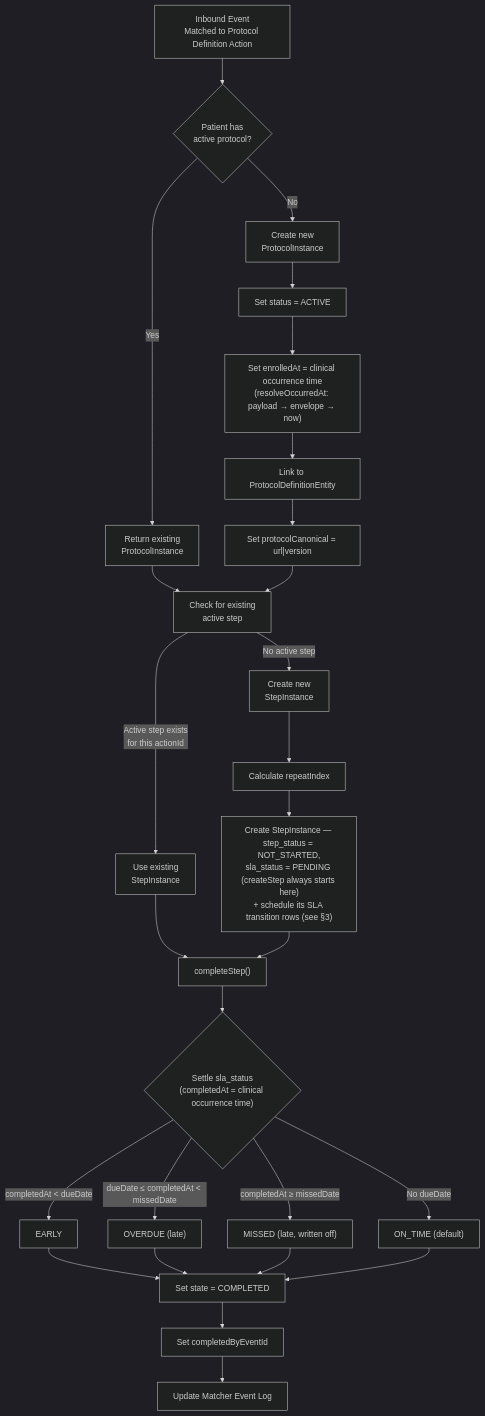
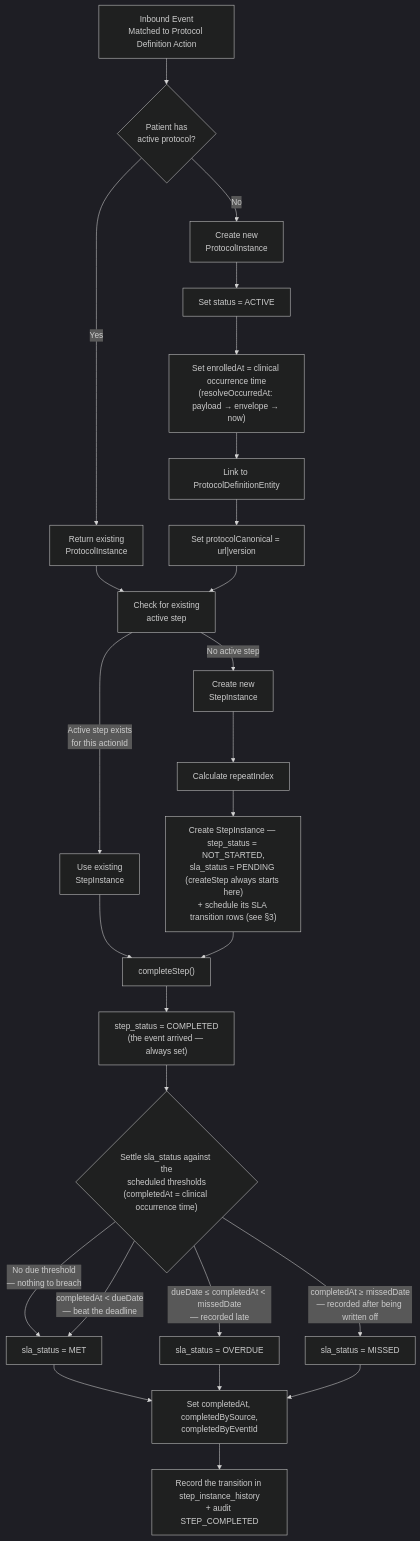
Before and after one commit to Jayaprakash8887/cce-matcher-service: the fourth of 11 diagrams in docs/flow-diagrams.md, drawn with Mermaid (dark theme). The commit also changed other lines of this file and 4 other files, not shown here.

````diff
--- a/docs/flow-diagrams.md
+++ b/docs/flow-diagrams.md
@@ -233,38 +233,37 @@
 ```mermaid
 flowchart TD
     A["Inbound Event<br/>Matched to Protocol Definition Action"] --> B{"Patient has<br/>active protocol?"}
 
     B -->|"Yes"| C["Return existing<br/>ProtocolInstance"]
     B -->|"No"| D["Create new<br/>ProtocolInstance"]
 
     D --> E["Set status = ACTIVE"]
     E --> F["Set enrolledAt = clinical occurrence time<br/>(resolveOccurredAt: payload → envelope → now)"]
     F --> G["Link to ProtocolDefinitionEntity"]
     G --> H["Set protocolCanonical = url|version"]
 
     C --> I["Check for existing<br/>active step"]
     H --> I
 
     I -->|"Active step exists<br/>for this actionId"| J["Use existing<br/>StepInstance"]
     I -->|"No active step"| K["Create new<br/>StepInstance"]
 
     K --> L["Calculate repeatIndex"]
     L --> N["Create StepInstance — step_status = NOT_STARTED,<br/>sla_status = PENDING (createStep always starts here)<br/>+ schedule its SLA transition rows (see §3)"]
 
     J --> P["completeStep()"]
     N --> P
 
-    P --> Q{"Settle sla_status<br/>(completedAt = clinical occurrence time)"}
-    Q -->|"completedAt < dueDate"| R["EARLY"]
-    Q -->|"dueDate ≤ completedAt < missedDate"| S["OVERDUE (late)"]
-    Q -->|"completedAt ≥ missedDate"| T["MISSED (late, written off)"]
-    Q -->|"No dueDate"| U["ON_TIME (default)"]
+    P --> SS["step_status = COMPLETED<br/>(the event arrived — always set)"]
+    SS --> Q{"Settle sla_status against the<br/>scheduled thresholds<br/>(completedAt = clinical occurrence time)"}
 
-    R --> V["Set state = COMPLETED"]
-    S --> V
-    T --> V
-    U --> V
+    Q -->|"No due threshold<br/>— nothing to breach"| MET["sla_status = MET"]
+    Q -->|"completedAt &lt; dueDate<br/>— beat the deadline"| MET
+    Q -->|"dueDate ≤ completedAt &lt; missedDate<br/>— recorded late"| OD["sla_status = OVERDUE"]
+    Q -->|"completedAt ≥ missedDate<br/>— recorded after being written off"| MI["sla_status = MISSED"]
 
-    V --> W["Set completedByEventId"]
-    W --> X["Update Matcher Event Log"]
+    MET --> W["Set completedAt, completedBySource,<br/>completedByEventId"]
+    OD --> W
+    MI --> W
+    W --> X["Record the transition in step_instance_history<br/>+ audit STEP_COMPLETED"]
 ```
````
